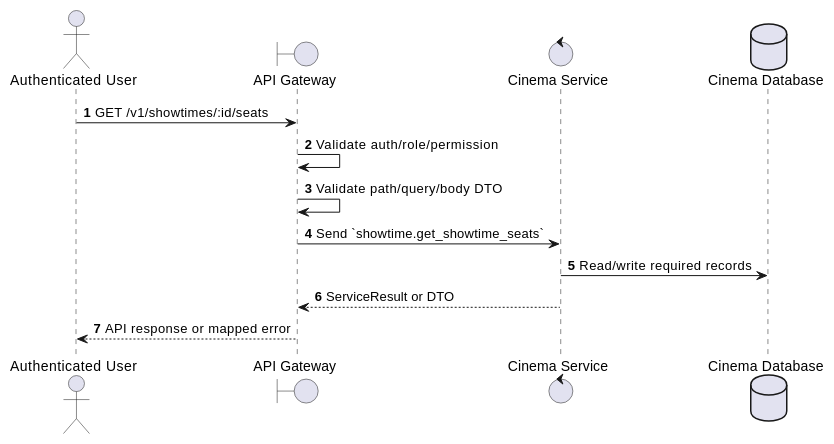
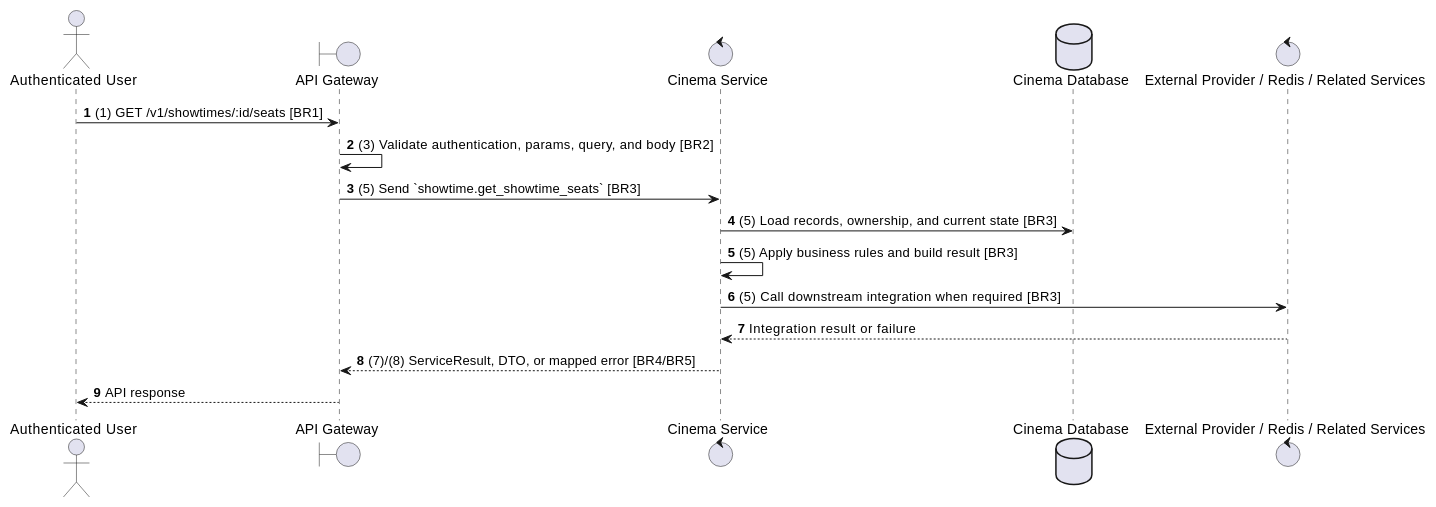
One commit to Tanh1603/movie-hub-architecture changed the second of 2 diagrams in docs/functional_specs/3.4_Showtime_Scheduling/ST-01_Get_Showtime_Seats.md. Above: the diagram before and after it, drawn with PlantUML. The commit also changed other lines of this file and 129 other files, not shown here.

````diff
--- a/docs/functional_specs/3.4_Showtime_Scheduling/ST-01_Get_Showtime_Seats.md
+++ b/docs/functional_specs/3.4_Showtime_Scheduling/ST-01_Get_Showtime_Seats.md
@@ -17,17 +64,20 @@
 ```plantuml
 @startuml
 autonumber
 actor "Authenticated User" as Actor
 boundary "API Gateway" as GW
 control "Cinema Service" as SVC
 database "Cinema Database" as DB
+control "External Provider / Redis / Related Services" as EXT
 
-Actor -> GW: GET /v1/showtimes/:id/seats
-GW -> GW: Validate auth/role/permission
-GW -> GW: Validate path/query/body DTO
-GW -> SVC: Send `showtime.get_showtime_seats`
-SVC -> DB: Read/write required records
-SVC --> GW: ServiceResult or DTO
-GW --> Actor: API response or mapped error
+Actor -> GW: (1) GET /v1/showtimes/:id/seats [BR1]
+GW -> GW: (3) Validate authentication, params, query, and body [BR2]
+GW -> SVC: (5) Send `showtime.get_showtime_seats` [BR3]
+SVC -> DB: (5) Load records, ownership, and current state [BR3]
+SVC -> SVC: (5) Apply business rules and build result [BR3]
+SVC -> EXT: (5) Call downstream integration when required [BR3]
+EXT --> SVC: Integration result or failure
+SVC --> GW: (7)/(8) ServiceResult, DTO, or mapped error [BR4/BR5]
+GW --> Actor: API response
 @enduml
 ```
````
